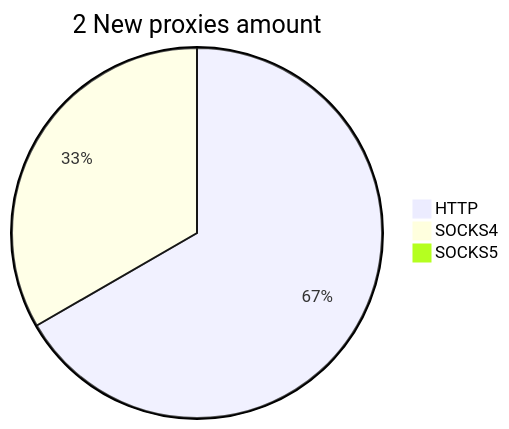
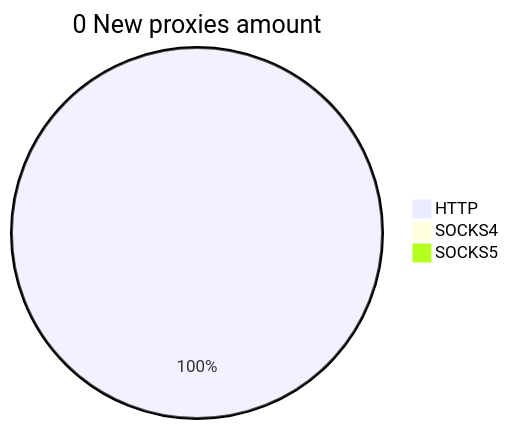
One commit to cutipu/proxylist changed the second of 2 diagrams in README.md. Above: the diagram before and after it, drawn with Mermaid. The commit also changed other lines of this file, not shown here.

````diff
--- a/README.md
+++ b/README.md
@@ -10,6 +10,6 @@
 ```mermaid
-pie title 2 New proxies amount
-    "HTTP" : 2
-    "SOCKS4" : 1
+pie title 0 New proxies amount
+    "HTTP" : 1
+    "SOCKS4" : 0
     "SOCKS5" : 0
 ```
````
